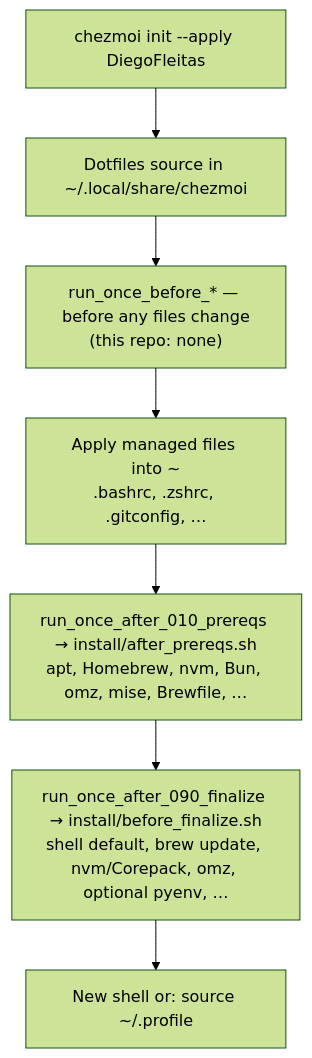
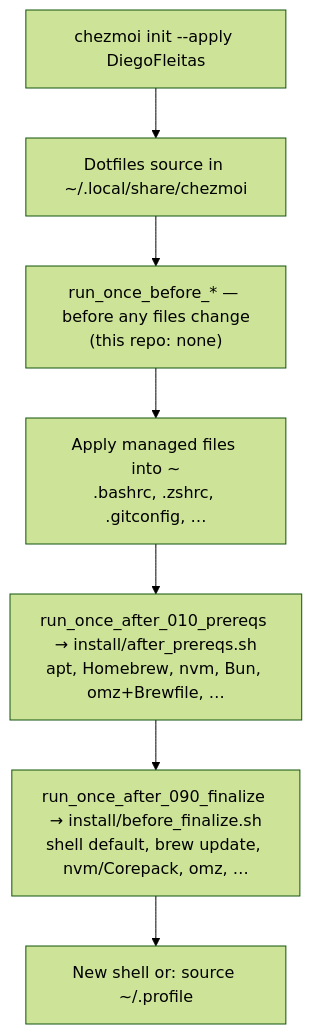
Before and after one commit to DiegoFleitas/dotfiles: the first of 2 diagrams in README.md, drawn with Mermaid (forest theme). The commit also changed other lines of this file and 34 other files, not shown here.

First line of the commit message:
refactor: overhaul dotfiles toolchain to nvm + Bun (drop mise, PHP, Python) (#4)

````diff
--- a/README.md
+++ b/README.md
@@ -51,9 +47,9 @@
 ```mermaid
 flowchart TD
   A["chezmoi init --apply DiegoFleitas"] --> B["Dotfiles source in ~/.local/share/chezmoi"]
   B --> C["run_once_before_* — before any files change\n(this repo: none)"]
   C --> D["Apply managed files into ~\n.bashrc, .zshrc, .gitconfig, …"]
-  D --> E["run_once_after_010_prereqs → install/after_prereqs.sh\napt, Homebrew, nvm, Bun, omz, mise, Brewfile, …"]
-  E --> F["run_once_after_090_finalize → install/before_finalize.sh\nshell default, brew update, nvm/Corepack, omz, optional pyenv, …"]
+  D --> E["run_once_after_010_prereqs → install/after_prereqs.sh\napt, Homebrew, nvm, Bun, omz+Brewfile, …"]
+  E --> F["run_once_after_090_finalize → install/before_finalize.sh\nshell default, brew update, nvm/Corepack, omz, …"]
   F --> G["New shell or: source ~/.profile"]
 ```
````
